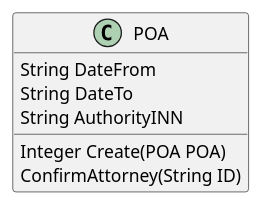
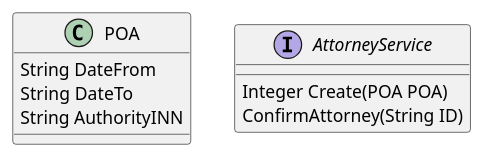
One commit to procsy-tech/attorney changed the diagram in model.puml. Above: the diagram before and after it, drawn with PlantUML.

```diff
--- a/model.puml
+++ b/model.puml
@@ -1,10 +1,12 @@
 @startuml
   class POA {
     String DateFrom
     String DateTo
     String AuthorityINN
-
+  }
+  
+  interface AttorneyService {
     Integer Create(POA POA)
     ConfirmAttorney(String ID)
   }
 @enduml
```
